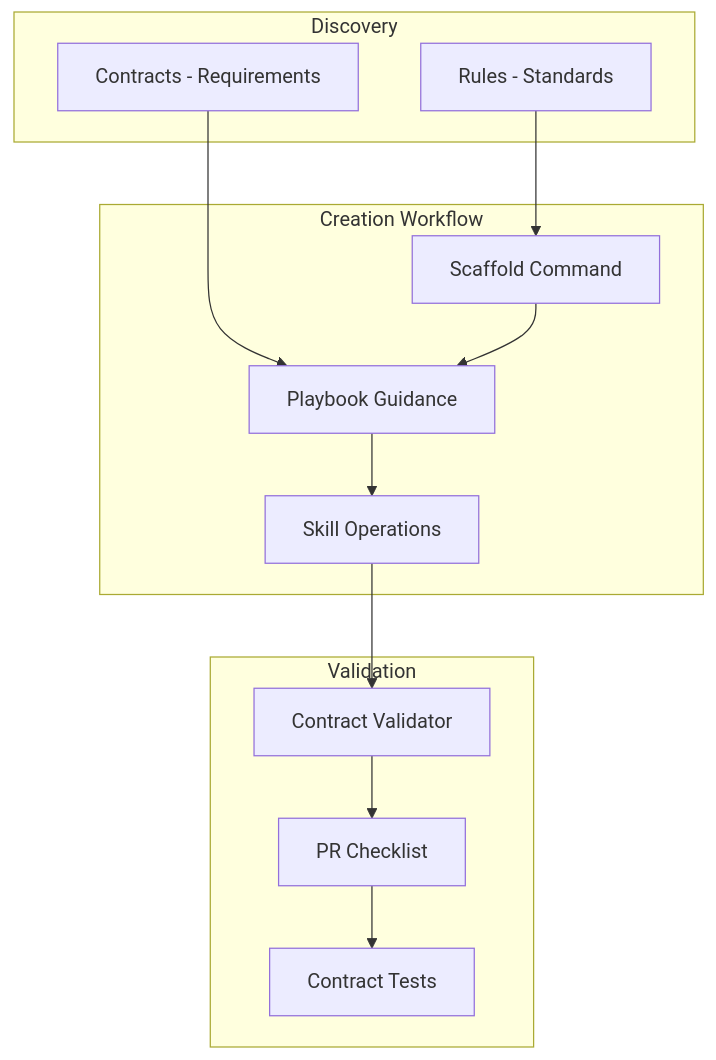
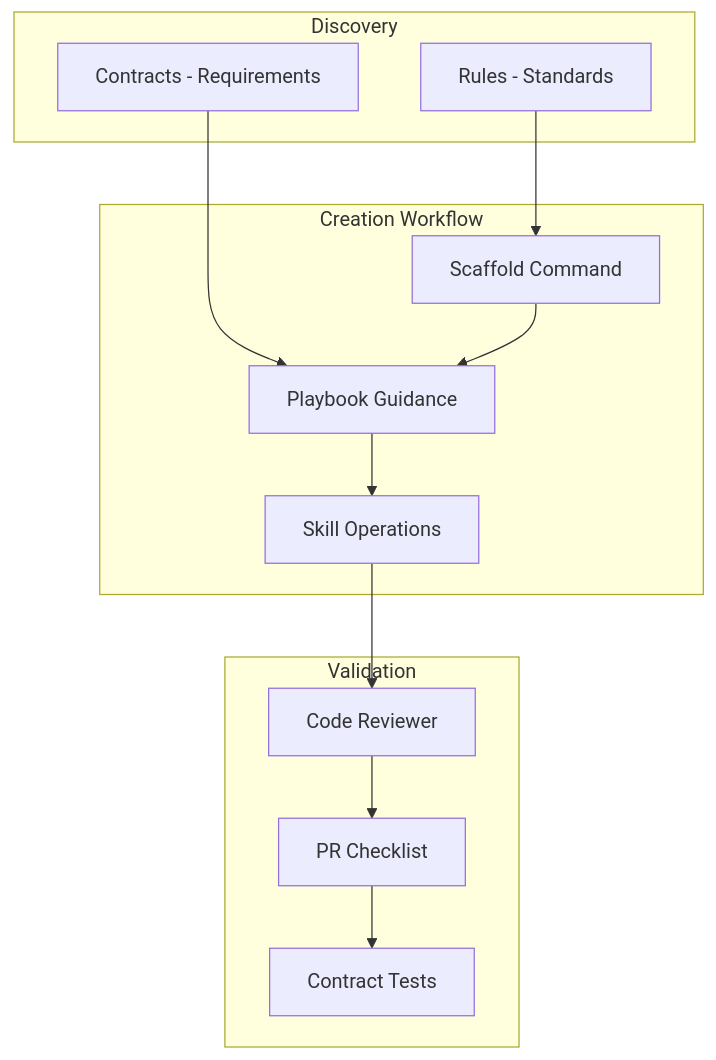
The diagram in .cursor/README.md (adriandarian/3Lens), drawn with Mermaid before and after one commit. The commit also changed other lines of this file and 93 other files, not shown here.

````diff
--- a/.cursor/README.md
+++ b/.cursor/README.md
@@ -21,27 +23,27 @@
 ```mermaid
 flowchart TD
     subgraph discovery [Discovery]
         rules[Rules - Standards]
         contracts[Contracts - Requirements]
     end
     
     subgraph creation [Creation Workflow]
         scaffold[Scaffold Command]
         playbook[Playbook Guidance]
         skill[Skill Operations]
     end
     
     subgraph validation [Validation]
-        validator[Contract Validator]
+        reviewer[Code Reviewer]
         checklist[PR Checklist]
         tests[Contract Tests]
     end
     
     rules --> scaffold
     contracts --> playbook
     scaffold --> playbook
     playbook --> skill
-    skill --> validator
-    validator --> checklist
+    skill --> reviewer
+    reviewer --> checklist
     checklist --> tests
 ```
````
